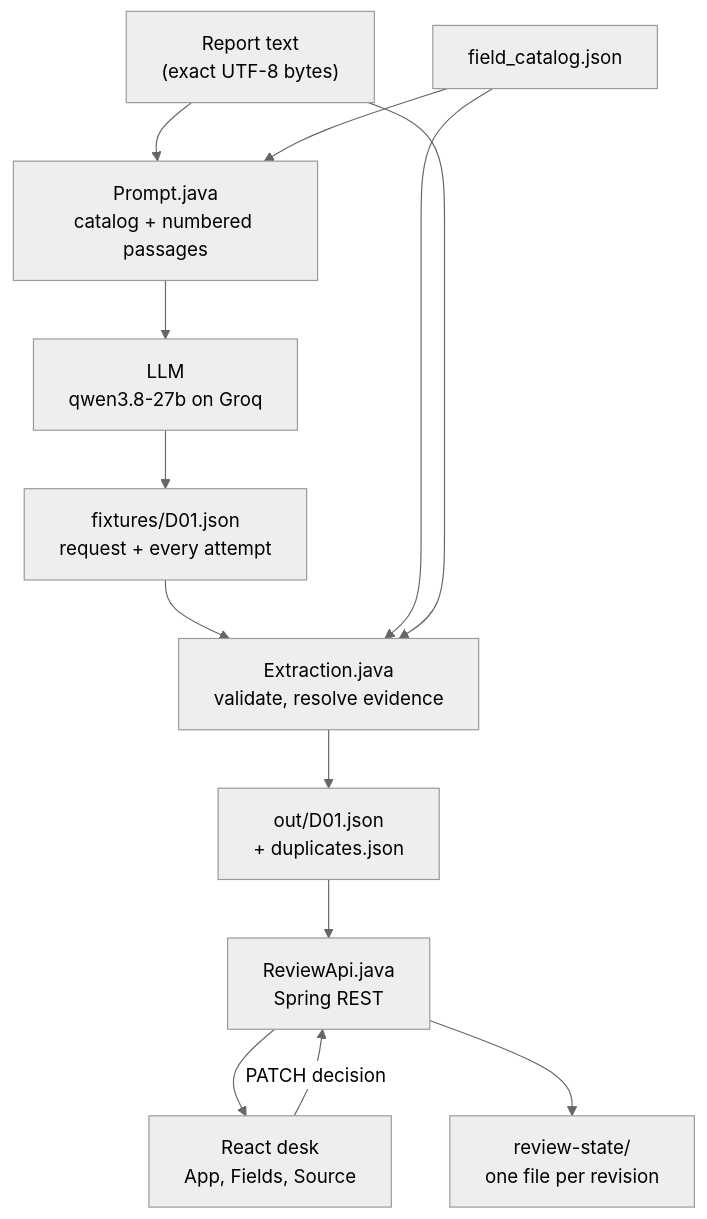
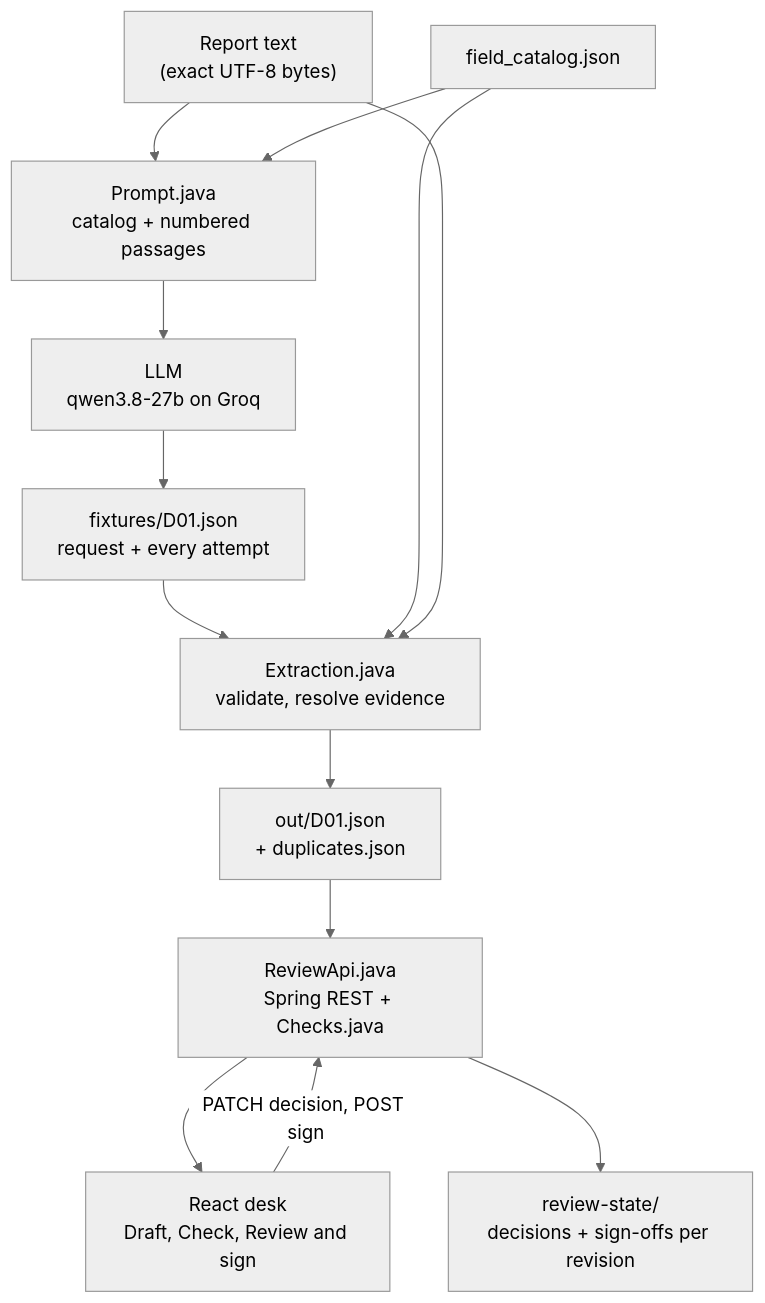
Before and after one commit to shubamchaudhary/CodeNITW: the second of 5 diagrams in src/Data/projectsDocs/TGX-01.md, drawn with Mermaid (neutral theme). The commit also changed other lines of this file and 11 other files, not shown here.

````diff
--- a/src/Data/projectsDocs/TGX-01.md
+++ b/src/Data/projectsDocs/TGX-01.md
@@ -67,15 +67,15 @@
 ```mermaid
 flowchart TD
     S["Report text<br/>(exact UTF-8 bytes)"] --> P["Prompt.java<br/>catalog + numbered passages"]
     C["field_catalog.json"] --> P
     P --> M["LLM<br/>qwen3.8-27b on Groq"]
     M --> F["fixtures/D01.json<br/>request + every attempt"]
     F --> X["Extraction.java<br/>validate, resolve evidence"]
     C --> X
     S --> X
     X --> O["out/D01.json<br/>+ duplicates.json"]
-    O --> A["ReviewApi.java<br/>Spring REST"]
-    A --> U["React desk<br/>App, Fields, Source"]
-    U -->|"PATCH decision"| A
-    A --> R["review-state/<br/>one file per revision"]
+    O --> A["ReviewApi.java<br/>Spring REST + Checks.java"]
+    A --> U["React desk<br/>Draft, Check, Review and sign"]
+    U -->|"PATCH decision, POST sign"| A
+    A --> R["review-state/<br/>decisions + sign-offs per revision"]
 ```
````
